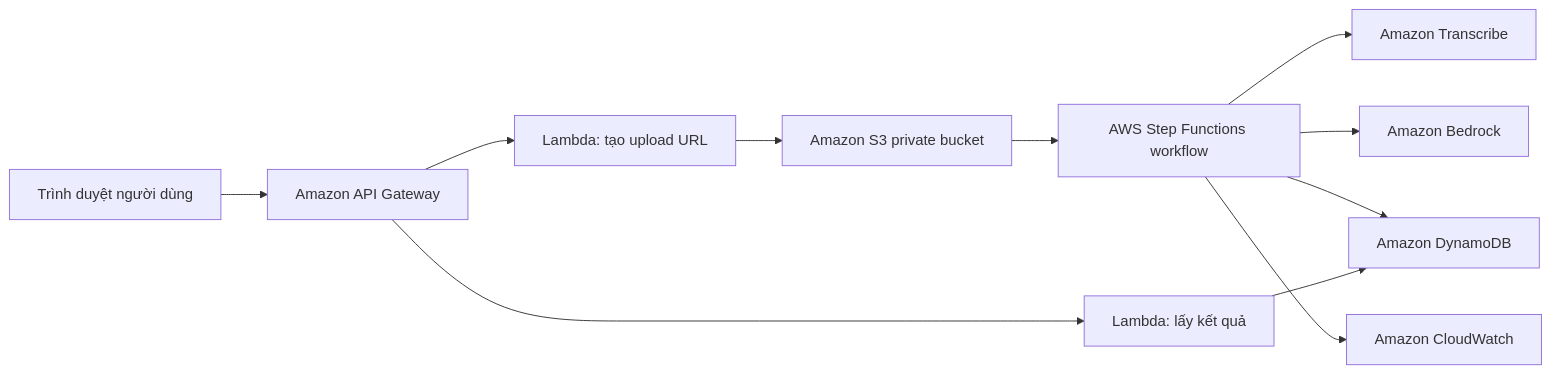
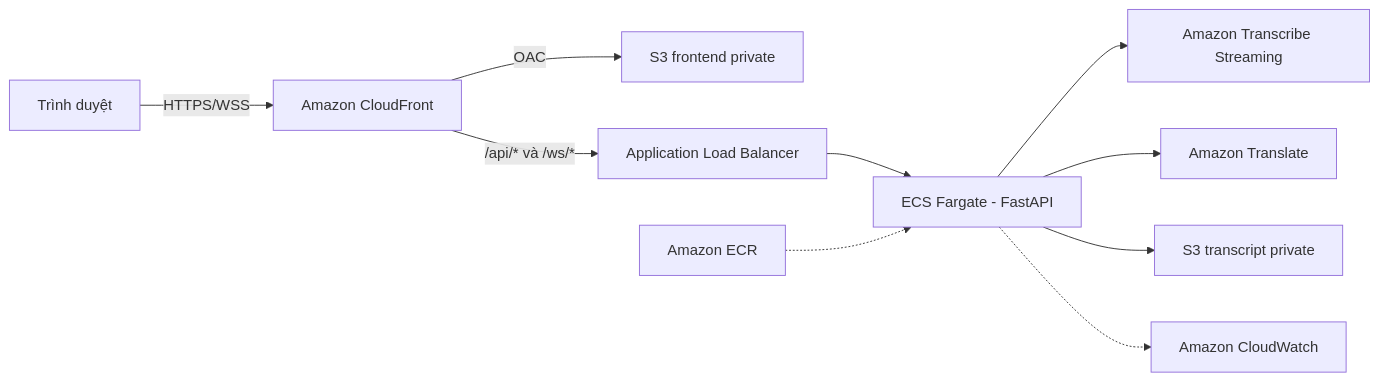
One commit to 9ducanh9/fcj-workshop-template changed the diagram in content/2-Proposal/_index.vi.md. Above: the diagram before and after it, drawn with Mermaid. The commit also changed other lines of this file and 25 other files, not shown here.

```diff
--- a/content/2-Proposal/_index.vi.md
+++ b/content/2-Proposal/_index.vi.md
@@ -45,13 +71,12 @@
 {{< mermaid align="left" >}}
 flowchart LR
-  User["Trình duyệt người dùng"] --> APIGW["Amazon API Gateway"]
-  APIGW --> UploadLambda["Lambda: tạo upload URL"]
-  UploadLambda --> S3["Amazon S3 private bucket"]
-  S3 --> SFN["AWS Step Functions workflow"]
-  SFN --> Transcribe["Amazon Transcribe"]
-  SFN --> Bedrock["Amazon Bedrock"]
-  SFN --> DDB["Amazon DynamoDB"]
-  APIGW --> ResultLambda["Lambda: lấy kết quả"]
-  ResultLambda --> DDB
-  SFN --> CW["Amazon CloudWatch"]
+  User["Trình duyệt"] -->|HTTPS/WSS| CF["Amazon CloudFront"]
+  CF -->|OAC| Frontend["S3 frontend private"]
+  CF -->|/api/* và /ws/*| ALB["Application Load Balancer"]
+  ALB --> ECS["ECS Fargate - FastAPI"]
+  ECR["Amazon ECR"] -.-> ECS
+  ECS --> Transcribe["Amazon Transcribe Streaming"]
+  ECS --> Translate["Amazon Translate"]
+  ECS --> Transcript["S3 transcript private"]
+  ECS -.-> CW["Amazon CloudWatch"]
 {{< /mermaid >}}
```
